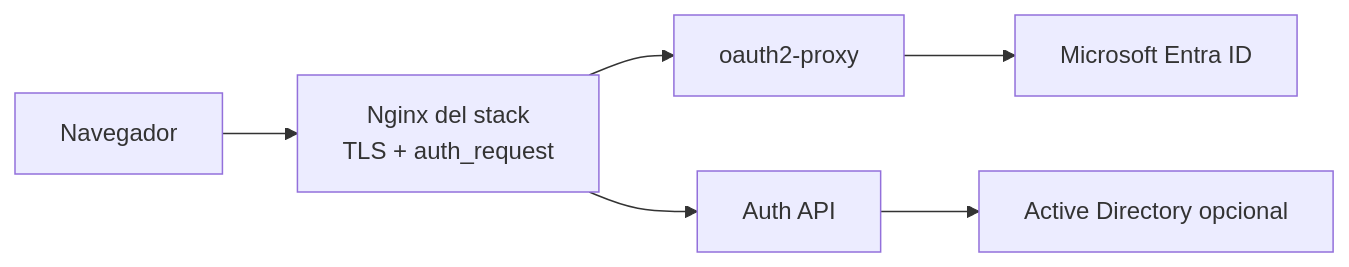
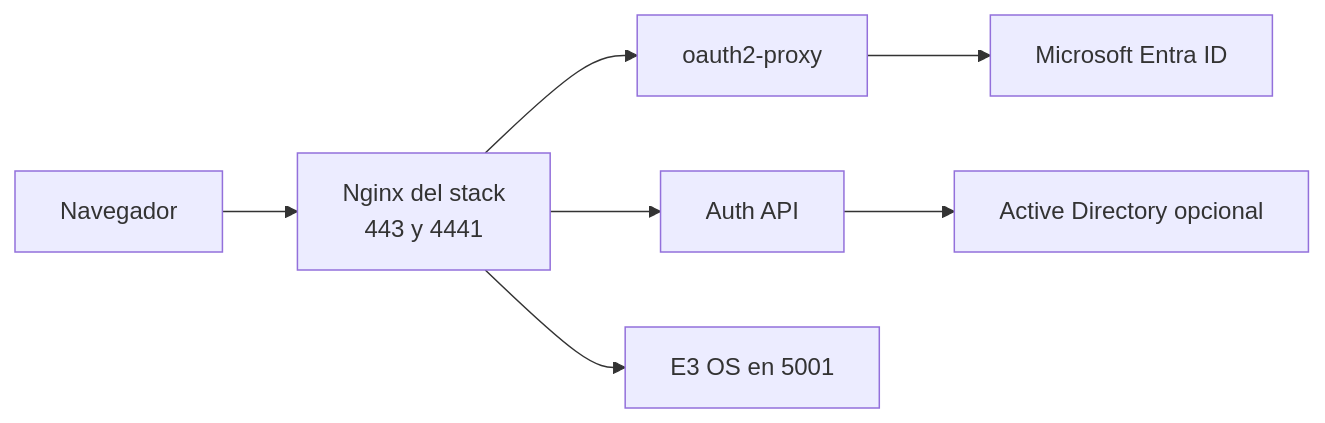
Before and after one commit to rriveram2023/API_Autenticacion: the diagram in docs/arquitectura.md, drawn with Mermaid. The commit also changed other lines of this file and 11 other files, not shown here.

````diff
--- a/docs/arquitectura.md
+++ b/docs/arquitectura.md
@@ -5,8 +5,9 @@
 ```mermaid
 flowchart LR
-    Browser[Navegador] --> TLS[Nginx del stack<br/>TLS + auth_request]
-    TLS --> O2P[oauth2-proxy]
-    TLS --> API[Auth API]
+    Browser[Navegador] --> Nginx[Nginx del stack<br/>443 y 4441]
+    Nginx --> O2P[oauth2-proxy]
+    Nginx --> API[Auth API]
+    Nginx --> E3OS[E3 OS en 5001]
     O2P --> Entra[Microsoft Entra ID]
     API --> AD[Active Directory opcional]
 ```
````
